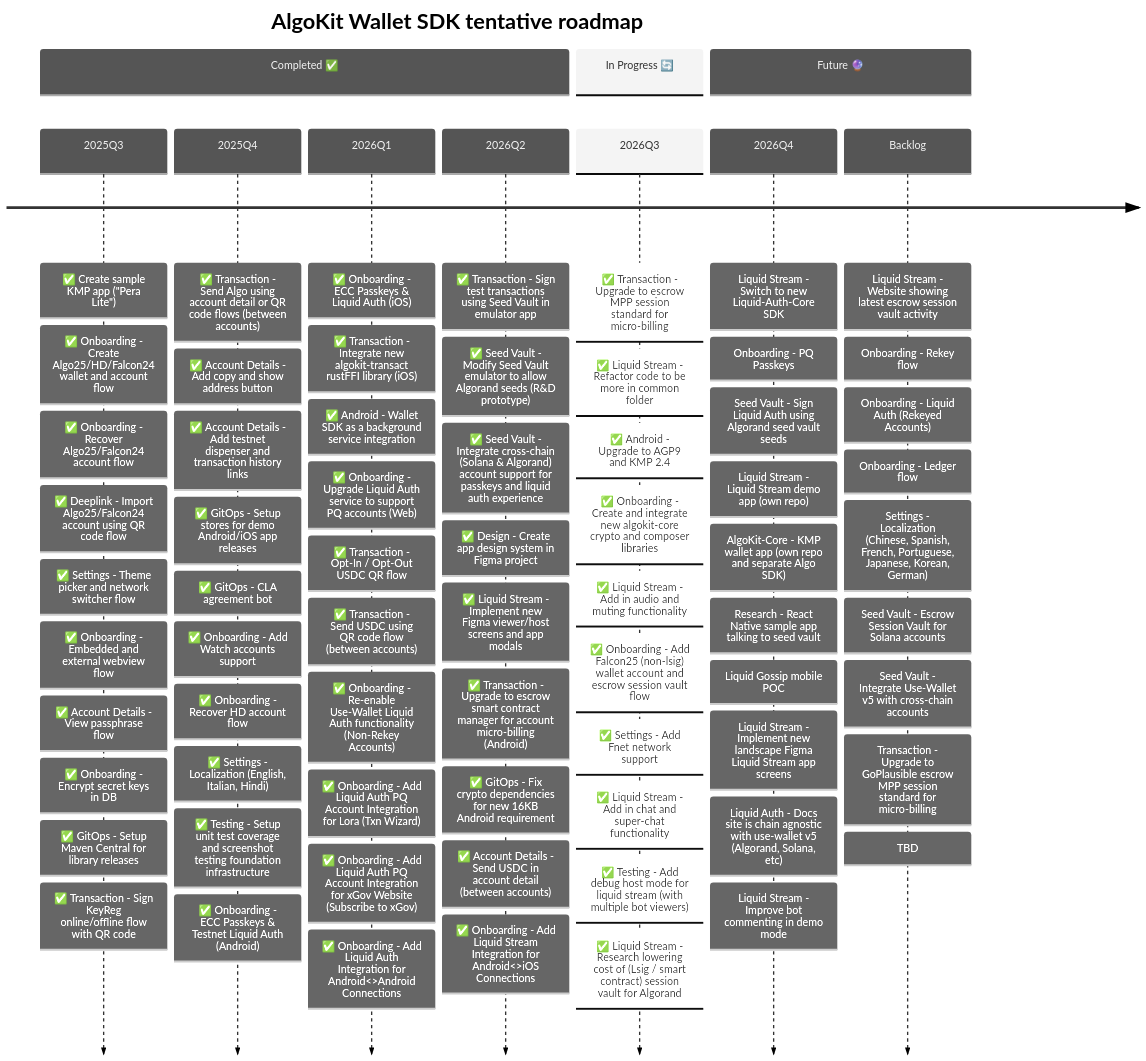
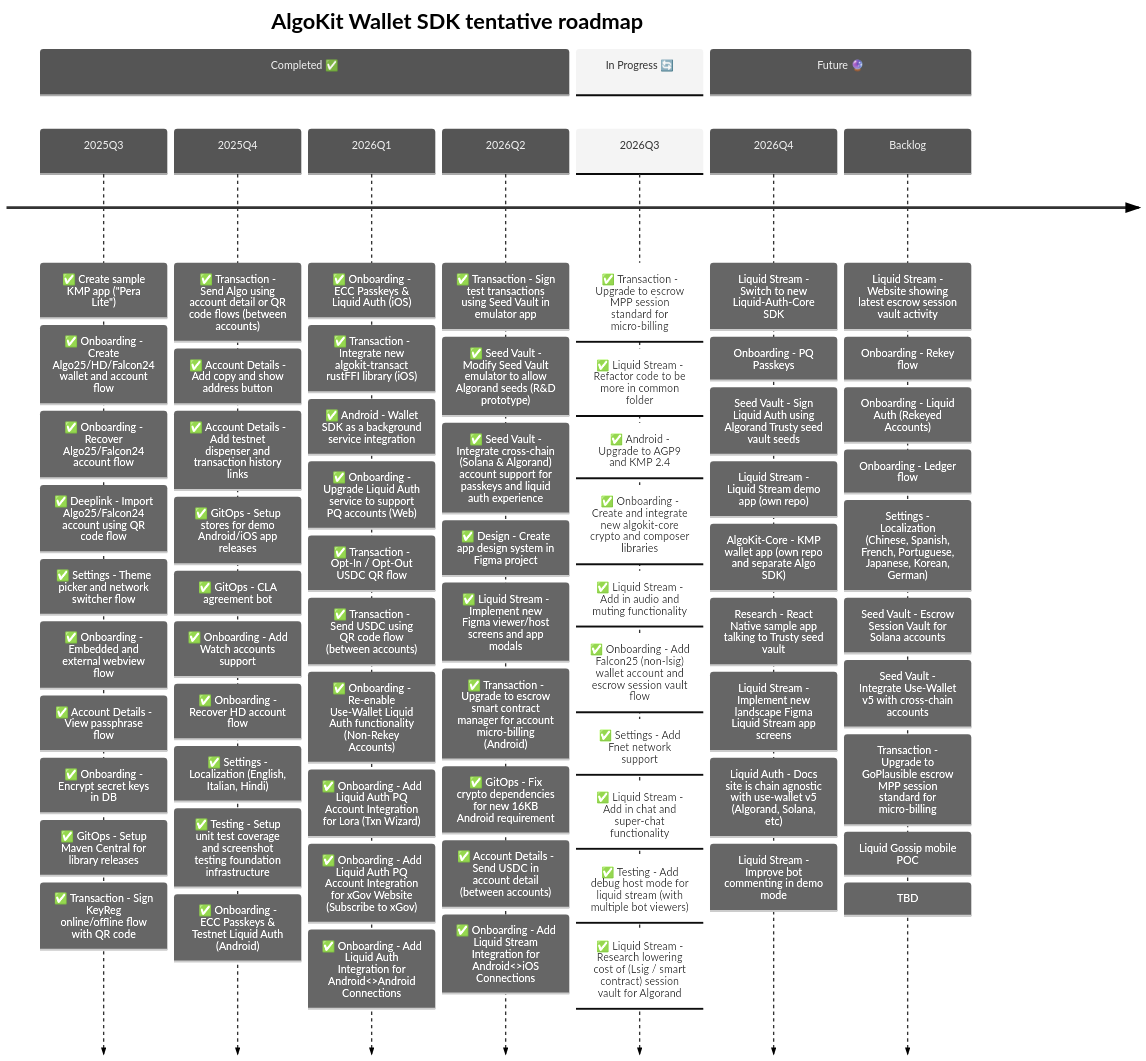
The second of 3 diagrams in README.md (michaeltchuangllc/algokit-walletsdk-kmp), drawn with Mermaid before and after one commit. The commit also changed other lines of this file and 26 other files, not shown here.

````diff
--- a/README.md
+++ b/README.md
@@ -134,11 +134,10 @@
     2026Q4   
              : Liquid Stream - Switch to new Liquid-Auth-Core SDK
              : Onboarding - PQ Passkeys
-             : Seed Vault - Sign Liquid Auth using Algorand seed vault seeds
+             : Seed Vault - Sign Liquid Auth using Algorand Trusty seed vault seeds
              : Liquid Stream - Liquid Stream demo app (own repo)
              : AlgoKit-Core - KMP wallet app (own repo and separate Algo SDK)
-             : Research - React Native sample app talking to seed vault
-             : Liquid Gossip mobile POC
+             : Research - React Native sample app talking to Trusty seed vault
              : Liquid Stream - Implement new landscape Figma Liquid Stream app screens
              : Liquid Auth - Docs site is chain agnostic with use-wallet v5 (Algorand, Solana, etc)
              : Liquid Stream - Improve bot commenting in demo mode
@@ -152,6 +151,7 @@
             : Seed Vault - Escrow Session Vault for Solana accounts
             : Seed Vault - Integrate Use-Wallet v5 with cross-chain accounts
             : Transaction - Upgrade to GoPlausible escrow MPP session standard for micro-billing
+            : Liquid Gossip mobile POC
             : TBD
 
 ```
````
